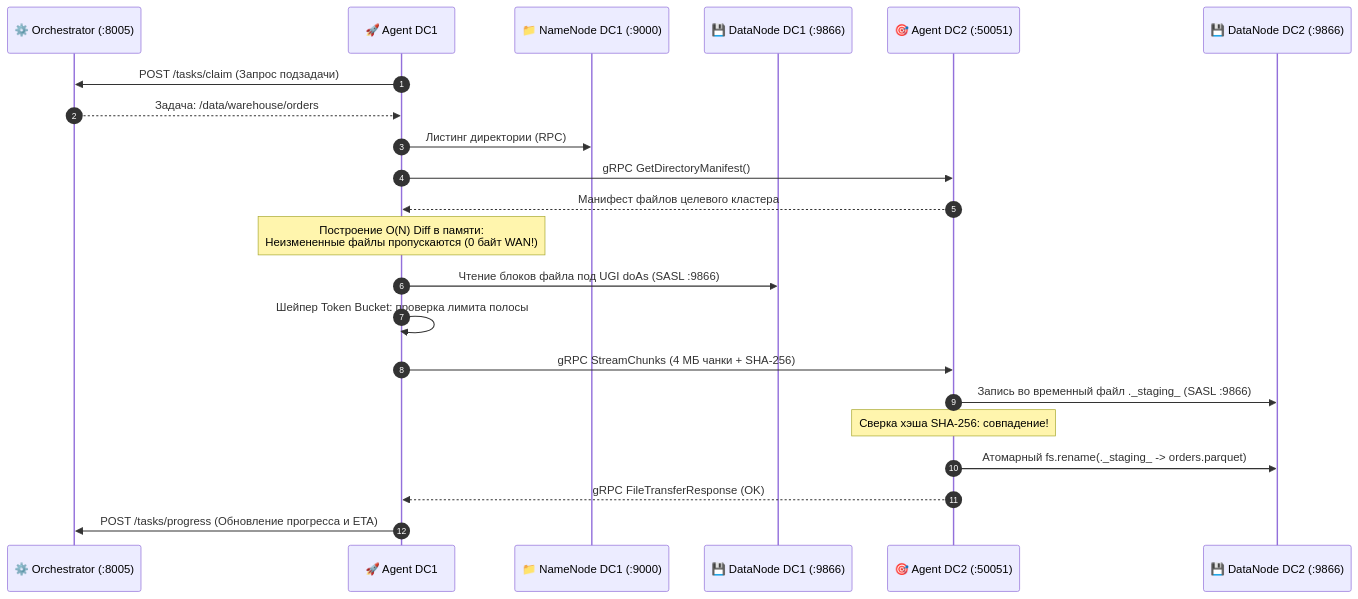
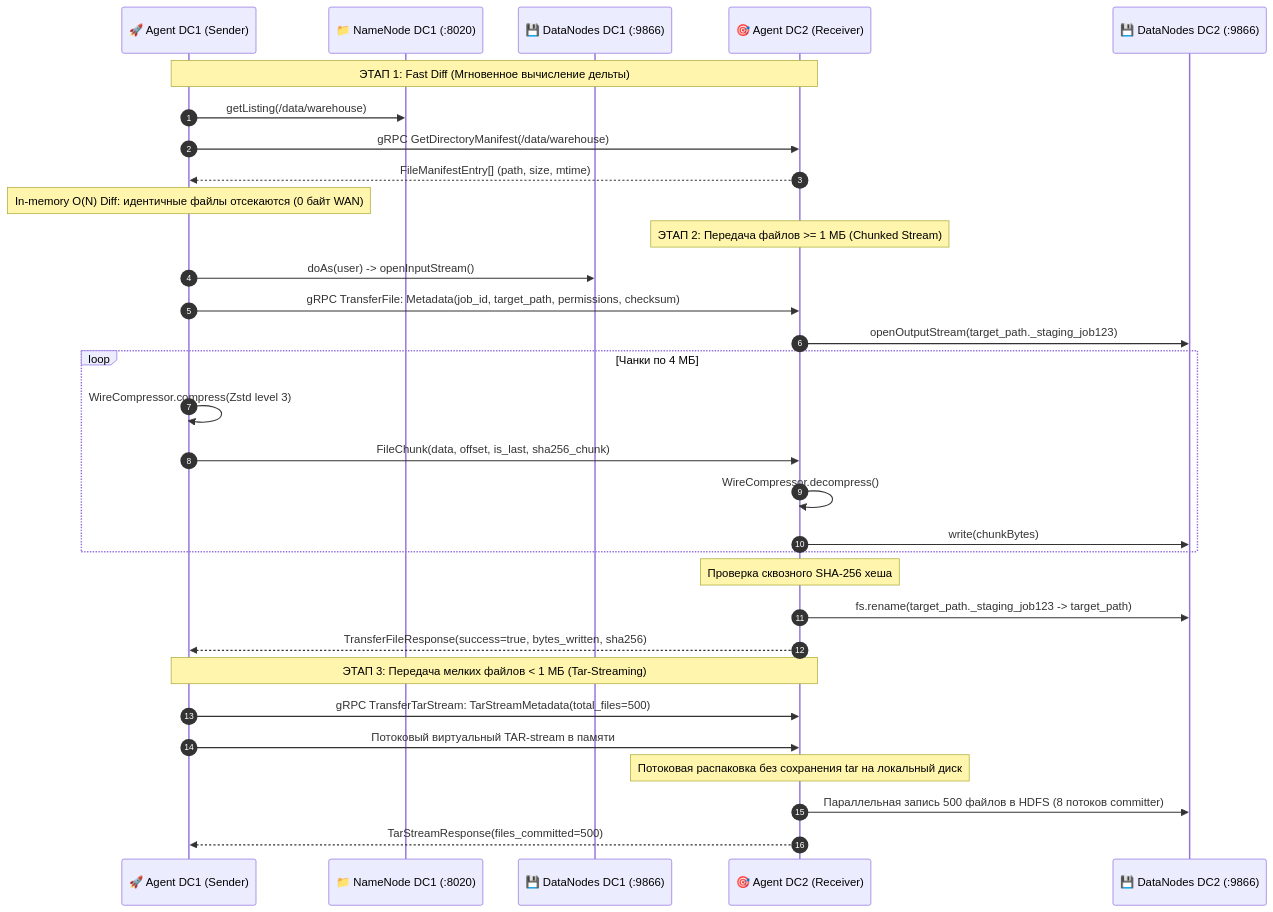
The first of 2 diagrams in docs/replicator-presentation.md (balookrd/hadoop-explorer), drawn with Mermaid before and after one commit. The commit also changed other lines of this file and 2 other files, not shown here.

Commit message:
docs(replicator): rewrite presentation into hardcore technical specification for DevOps and Architects

````diff
--- a/docs/replicator-presentation.md
+++ b/docs/replicator-presentation.md
@@ -130,26 +156,36 @@
 ```mermaid
 sequenceDiagram
     autonumber
-    participant Orch as ⚙️ Orchestrator (:8005)
-    participant A1 as 🚀 Agent DC1
-    participant NN1 as 📁 NameNode DC1 (:9000)
-    participant DN1 as 💾 DataNode DC1 (:9866)
-    participant A2 as 🎯 Agent DC2 (:50051)
-    participant DN2 as 💾 DataNode DC2 (:9866)
+    participant A1 as 🚀 Agent DC1 (Sender)
+    participant NN1 as 📁 NameNode DC1 (:8020)
+    participant DN1 as 💾 DataNodes DC1 (:9866)
+    participant A2 as 🎯 Agent DC2 (Receiver)
+    participant DN2 as 💾 DataNodes DC2 (:9866)
 
-    A1->>Orch: POST /tasks/claim (Запрос подзадачи)
-    Orch-->>A1: Задача: /data/warehouse/orders
-    A1->>NN1: Листинг директории (RPC)
-    A1->>A2: gRPC GetDirectoryManifest()
-    A2-->>A1: Манифест файлов целевого кластера
-    Note over A1: Построение O(N) Diff в памяти:<br/>Неизмененные файлы пропускаются (0 байт WAN!)
-    
-    A1->>DN1: Чтение блоков файла под UGI doAs (SASL :9866)
-    A1->>A1: Шейпер Token Bucket: проверка лимита полосы
-    A1->>A2: gRPC StreamChunks (4 МБ чанки + SHA-256)
-    A2->>DN2: Запись во временный файл ._staging_ (SASL :9866)
-    Note over A2: Сверка хэша SHA-256: совпадение!
-    A2->>DN2: Атомарный fs.rename(._staging_ -> orders.parquet)
-    A2-->>A1: gRPC FileTransferResponse (OK)
-    A1->>Orch: POST /tasks/progress (Обновление прогресса и ETA)
+    Note over A1,A2: ЭТАП 1: Fast Diff (Мгновенное вычисление дельты)
+    A1->>NN1: getListing(/data/warehouse)
+    A1->>A2: gRPC GetDirectoryManifest(/data/warehouse)
+    A2-->>A1: FileManifestEntry[] (path, size, mtime)
+    Note over A1: In-memory O(N) Diff: идентичные файлы отсекаются (0 байт WAN)
+
+    Note over A2: ЭТАП 2: Передача файлов >= 1 МБ (Chunked Stream)
+    A1->>DN1: doAs(user) -> openInputStream()
+    A1->>A2: gRPC TransferFile: Metadata(job_id, target_path, permissions, checksum)
+    A2->>DN2: openOutputStream(target_path._staging_job123)
+    loop Чанки по 4 МБ
+        A1->>A1: WireCompressor.compress(Zstd level 3)
+        A1->>A2: FileChunk(data, offset, is_last, sha256_chunk)
+        A2->>A2: WireCompressor.decompress()
+        A2->>DN2: write(chunkBytes)
+    end
+    Note over A2: Проверка сквозного SHA-256 хеша
+    A2->>DN2: fs.rename(target_path._staging_job123 -> target_path)
+    A2-->>A1: TransferFileResponse(success=true, bytes_written, sha256)
+
+    Note over A1,A2: ЭТАП 3: Передача мелких файлов < 1 МБ (Tar-Streaming)
+    A1->>A2: gRPC TransferTarStream: TarStreamMetadata(total_files=500)
+    A1->>A2: Потоковый виртуальный TAR-stream в памяти
+    Note over A2: Потоковая распаковка без сохранения tar на локальный диск
+    A2->>DN2: Параллельная запись 500 файлов в HDFS (8 потоков committer)
+    A2-->>A1: TarStreamResponse(files_committed=500)
 ```
````
